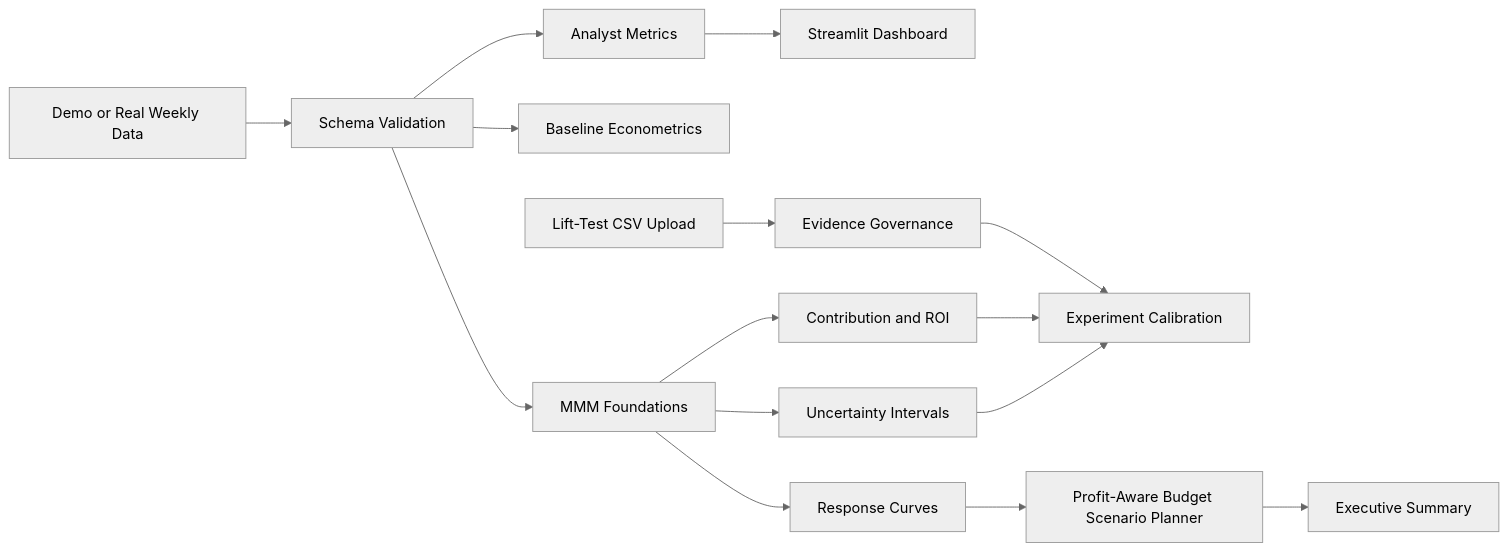
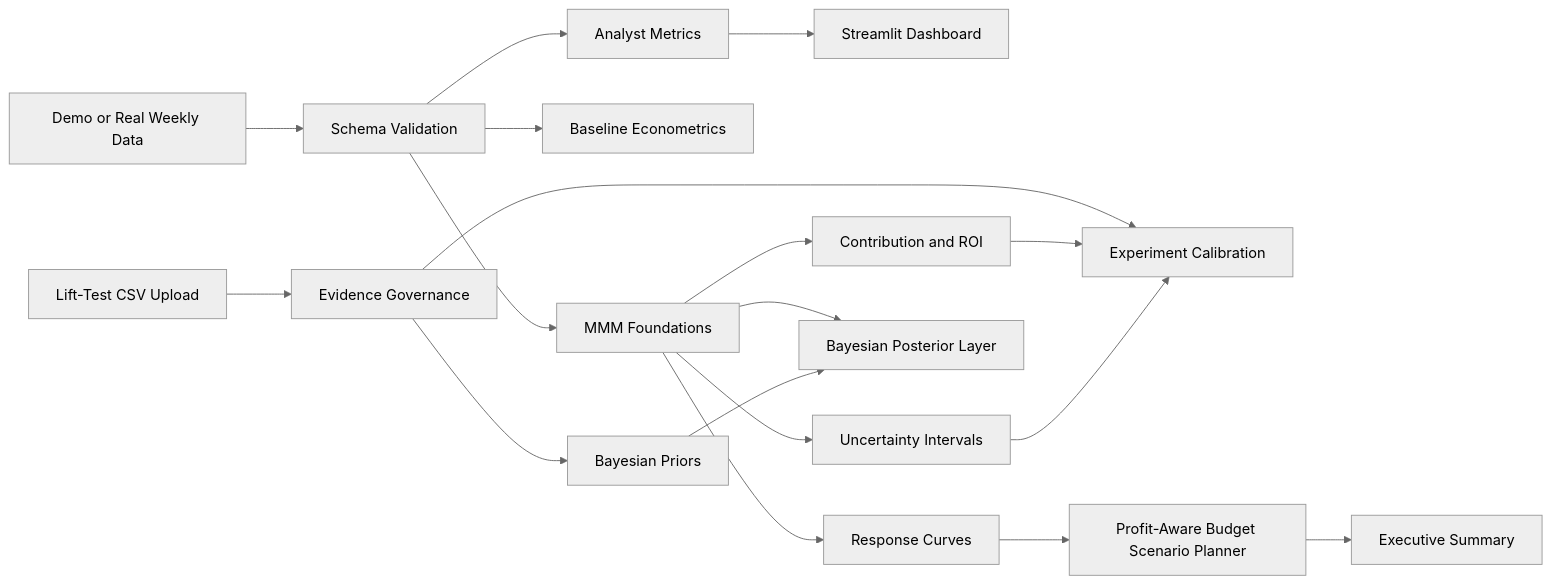
Before and after one commit to rosscyking1115/marketing-effectiveness-lab: the first of 2 diagrams in docs/architecture.md, drawn with Mermaid (neutral theme). The commit also changed other lines of this file and 6 other files, not shown here.

Commit message:
Add Bayesian MMM foundation layer

````diff
--- a/docs/architecture.md
+++ b/docs/architecture.md
@@ -7,17 +7,20 @@
 ```mermaid
 flowchart LR
     A["Demo or Real Weekly Data"] --> B["Schema Validation"]
     B --> C["Analyst Metrics"]
     C --> D["Streamlit Dashboard"]
     B --> E["Baseline Econometrics"]
     B --> F["MMM Foundations"]
     F --> G["Contribution and ROI"]
     F --> H["Uncertainty Intervals"]
     M["Lift-Test CSV Upload"] --> N["Evidence Governance"]
     N --> I["Experiment Calibration"]
+    N --> O["Bayesian Priors"]
     G --> I
     H --> I
+    F --> P["Bayesian Posterior Layer"]
+    O --> P
     F --> J["Response Curves"]
     J --> K["Profit-Aware Budget Scenario Planner"]
     K --> L["Executive Summary"]
 ```
````
